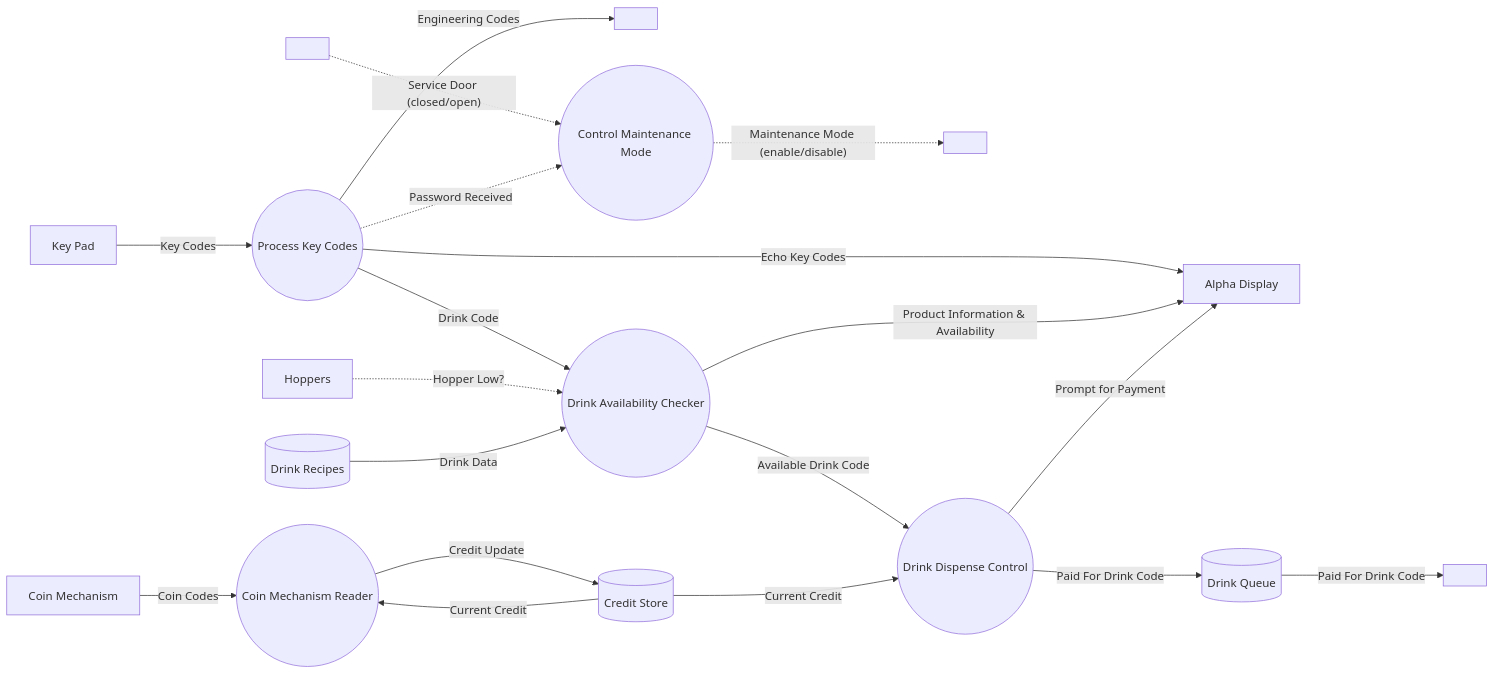
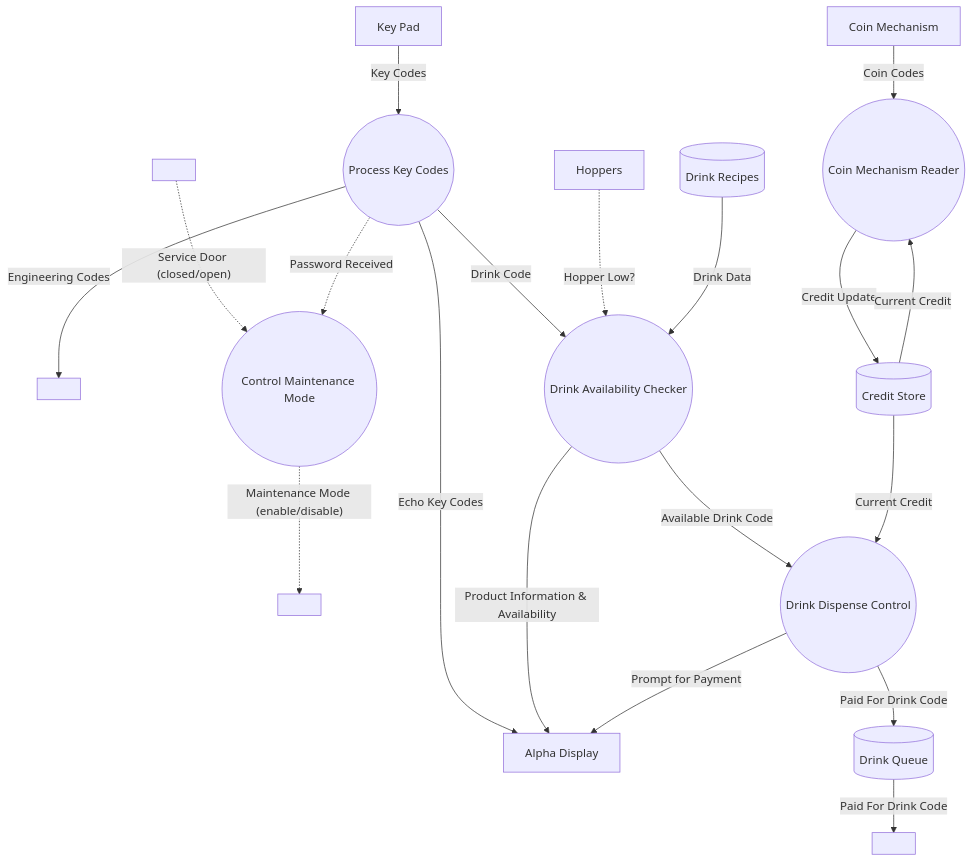
One commit to bweston6/uol-cs-notes changed the seventh of 10 diagrams in docs/comp201/lectures/_posts/2021-10-13-1.md. Above: the diagram before and after it, drawn with Mermaid. The commit also changed other lines of this file, not shown here.

Commit message:
Change direction of graphs to be larger.

````diff
--- a/docs/comp201/lectures/_posts/2021-10-13-1.md
+++ b/docs/comp201/lectures/_posts/2021-10-13-1.md
@@ -250,21 +250,21 @@
 ```mermaid
-flowchart LR
+flowchart
 1[ ] .->|"Service Door (closed/open)"| cmm((Control Maintenance Mode))
 kp[Key Pad] -->|Key Codes| pkc((Process Key Codes))
 cm[Coin Mechanism] -->|Coin Codes| cmr((Coin Mechanism Reader))
 pkc .->|Password Received| cmm
 pkc -->|Echo Key Codes| ad[Alpha Display]
 pkc -->|Drink Code| dac
 dac -->|Product Information & Availability| ad
 dac -->|Available Drink Code| ddc((Drink Dispense Control))
 ddc -->|Prompt for Payment| ad
 cmr -->|Credit Update| cs[(Credit Store)]
 cs -->|Current Credit| cmr
 cs -->|Current Credit| ddc
 Hoppers .->|Hopper Low?| dac((Drink Availability Checker))
 dr[(Drink Recipes)] -->|Drink Data| dac
 cmm .->|"Maintenance Mode (enable/disable)"| 3[ ]
 ddc -->|Paid For Drink Code| dq[(Drink Queue)]
 dq -->|Paid For Drink Code| 5[ ]
 pkc -->|Engineering Codes| 2[ ]
 ```
````
